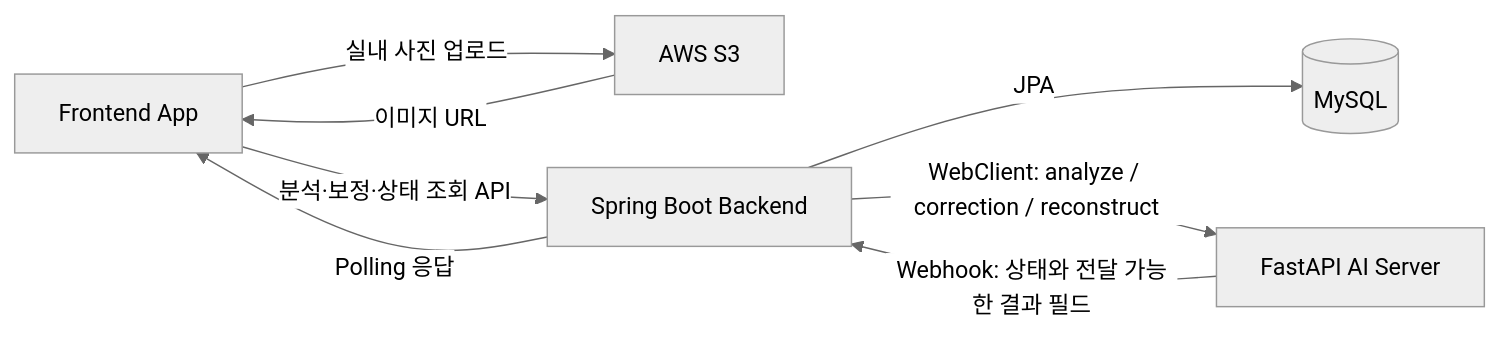
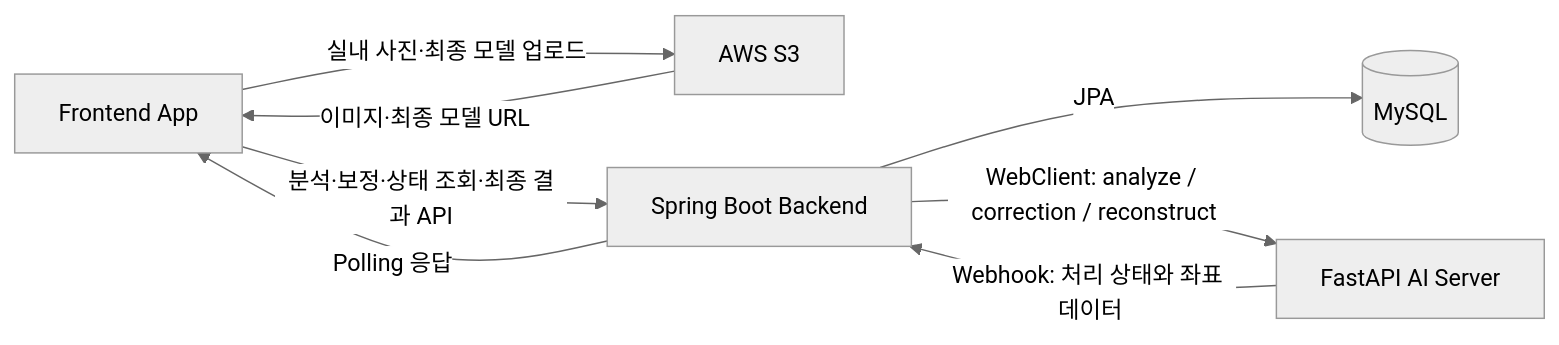
One commit to wjs4379/3d-reconstruction-backend-portfolio changed the first of 3 diagrams in README.md. Above: the diagram before and after it, drawn with Mermaid (neutral theme). The commit also changed other lines of this file and 16 other files, not shown here.

````diff
--- a/README.md
+++ b/README.md
@@ -33,16 +33,16 @@
 ```mermaid
 flowchart LR
     FE["Frontend App"]
     S3["AWS S3"]
     BE["Spring Boot Backend"]
     DB[("MySQL")]
     AI["FastAPI AI Server"]
 
-    FE -->|"실내 사진 업로드"| S3
-    S3 -->|"이미지 URL"| FE
-    FE -->|"분석·보정·상태 조회 API"| BE
+    FE -->|"실내 사진·최종 모델 업로드"| S3
+    S3 -->|"이미지·최종 모델 URL"| FE
+    FE -->|"분석·보정·상태 조회·최종 결과 API"| BE
     BE -->|"JPA"| DB
     BE -->|"WebClient: analyze / correction / reconstruct"| AI
-    AI -->|"Webhook: 상태와 전달 가능한 결과 필드"| BE
+    AI -->|"Webhook: 처리 상태와 좌표 데이터"| BE
     BE -->|"Polling 응답"| FE
 ```
````
